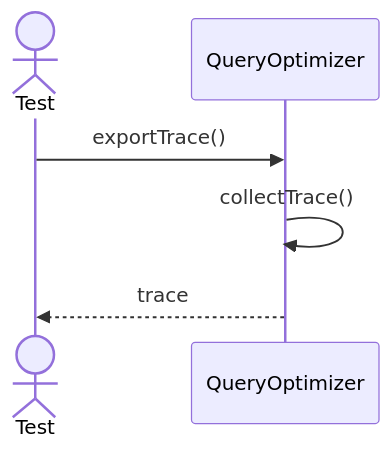
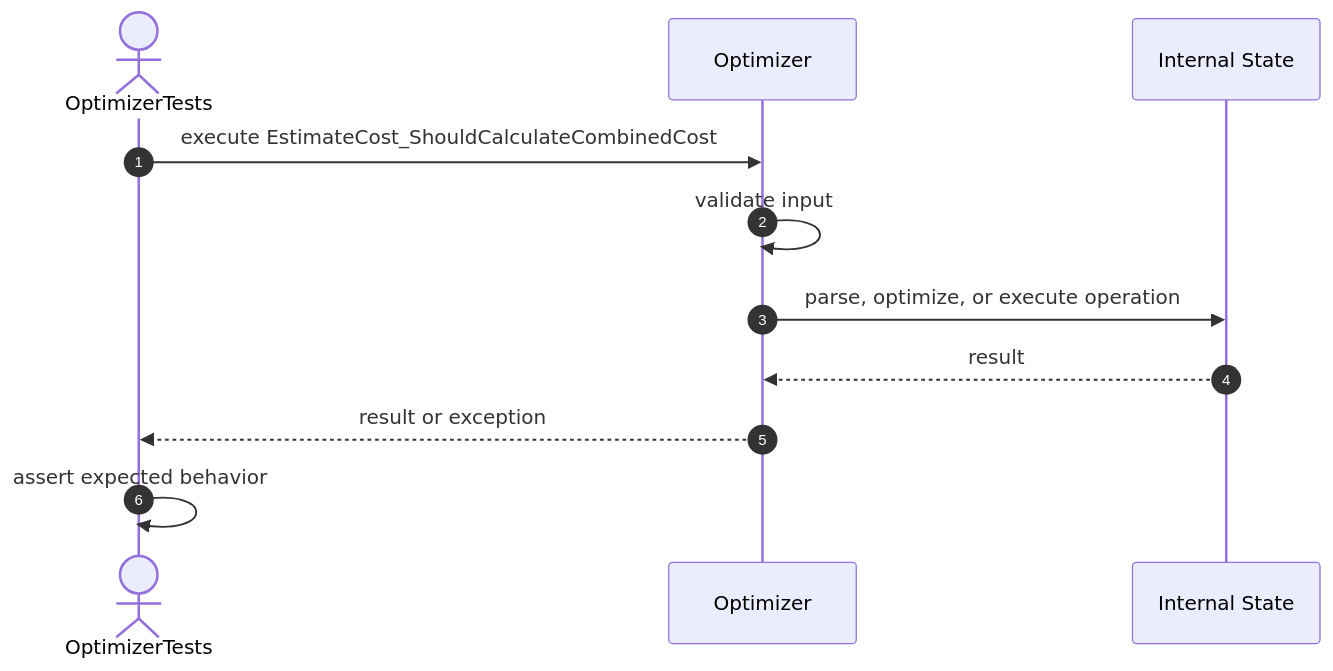
One commit to FhuAnn/-bbv-AN-s-DBMS changed the ninth of 19 diagrams in src/tests/unit/query/sequences/query-optimizer-testing.se.md. Above: the diagram before and after it, drawn with Mermaid. The commit also changed other lines of this file and 36 other files, not shown here.

````diff
--- a/src/tests/unit/query/sequences/query-optimizer-testing.se.md
+++ b/src/tests/unit/query/sequences/query-optimizer-testing.se.md
@@ -293,9 +149,14 @@
 ```mermaid
 sequenceDiagram
-actor Test
-participant QueryOptimizer
+    autonumber
+    actor Test as OptimizerTests
+    participant Target as Optimizer
+    participant Internal as Internal State
 
-Test->>QueryOptimizer: exportTrace()
-QueryOptimizer->>QueryOptimizer: collectTrace()
-QueryOptimizer-->>Test: trace
+    Test->>Target: execute EstimateCost_ShouldCalculateCombinedCost
+    Target->>Target: validate input
+    Target->>Internal: parse, optimize, or execute operation
+    Internal-->>Target: result
+    Target-->>Test: result or exception
+    Test->>Test: assert expected behavior
 ```
````
